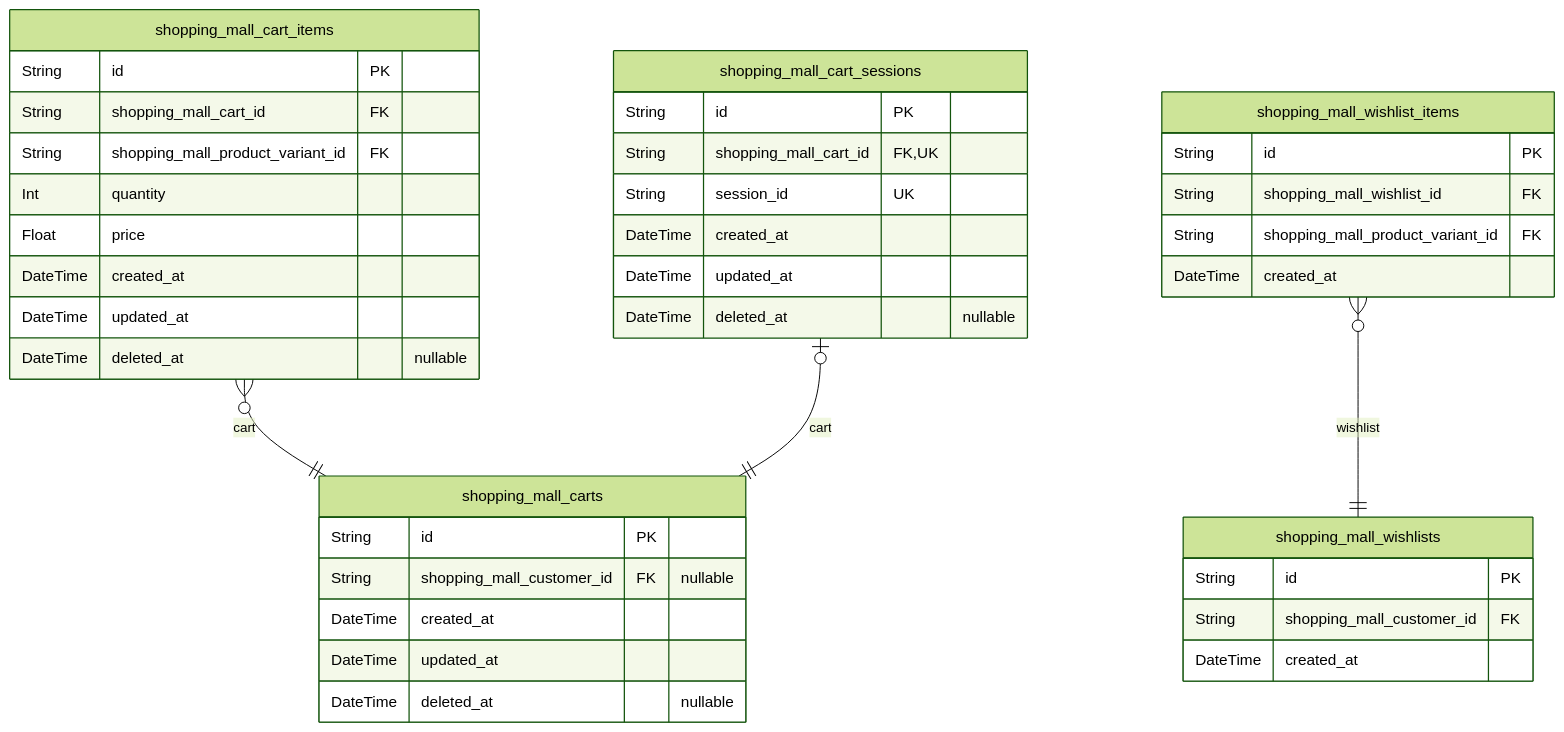
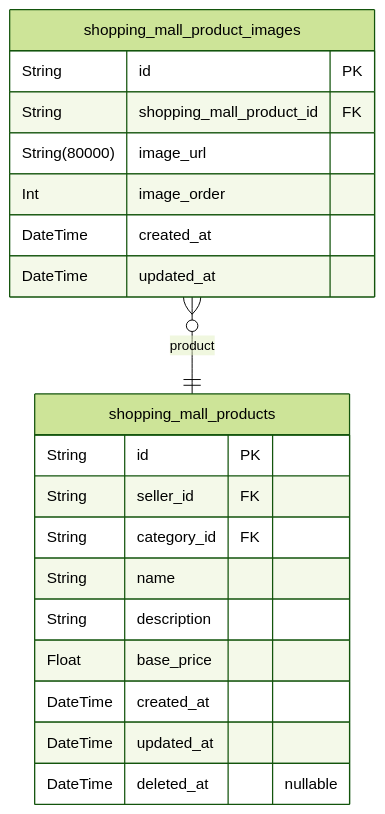
The third of 10 diagrams in qwen/qwen3-next-80b-a3b-instruct/shopping/docs/ERD.md (wrtnlabs/autobe-examples), drawn with Mermaid (forest theme) before and after one commit. The commit also changed other lines of this file and 9391 other files, not shown here.

````diff
--- a/qwen/qwen3-next-80b-a3b-instruct/shopping/docs/ERD.md
+++ b/qwen/qwen3-next-80b-a3b-instruct/shopping/docs/ERD.md
@@ -1834,42 +1014,23 @@
 ```mermaid
 erDiagram
-"shopping_mall_carts" {
+"shopping_mall_products" {
   String id PK
-  String shopping_mall_customer_id FK "nullable"
+  String seller_id FK
+  String category_id FK
+  String name
+  String description
+  Float base_price
   DateTime created_at
   DateTime updated_at
   DateTime deleted_at "nullable"
 }
-"shopping_mall_cart_items" {
+"shopping_mall_product_images" {
   String id PK
-  String shopping_mall_cart_id FK
-  String shopping_mall_product_variant_id FK
-  Int quantity
-  Float price
+  String shopping_mall_product_id FK
+  String(80000) image_url
+  Int image_order
   DateTime created_at
   DateTime updated_at
-  DateTime deleted_at "nullable"
 }
-"shopping_mall_wishlists" {
-  String id PK
-  String shopping_mall_customer_id FK
-  DateTime created_at
-}
-"shopping_mall_wishlist_items" {
-  String id PK
-  String shopping_mall_wishlist_id FK
-  String shopping_mall_product_variant_id FK
-  DateTime created_at
-}
-"shopping_mall_cart_sessions" {
-  String id PK
-  String shopping_mall_cart_id FK,UK
-  String session_id UK
-  DateTime created_at
-  DateTime updated_at
-  DateTime deleted_at "nullable"
-}
-"shopping_mall_cart_items" }o--|| "shopping_mall_carts" : cart
-"shopping_mall_wishlist_items" }o--|| "shopping_mall_wishlists" : wishlist
-"shopping_mall_cart_sessions" |o--|| "shopping_mall_carts" : cart
+"shopping_mall_product_images" }o--|| "shopping_mall_products" : product
 ```
````
